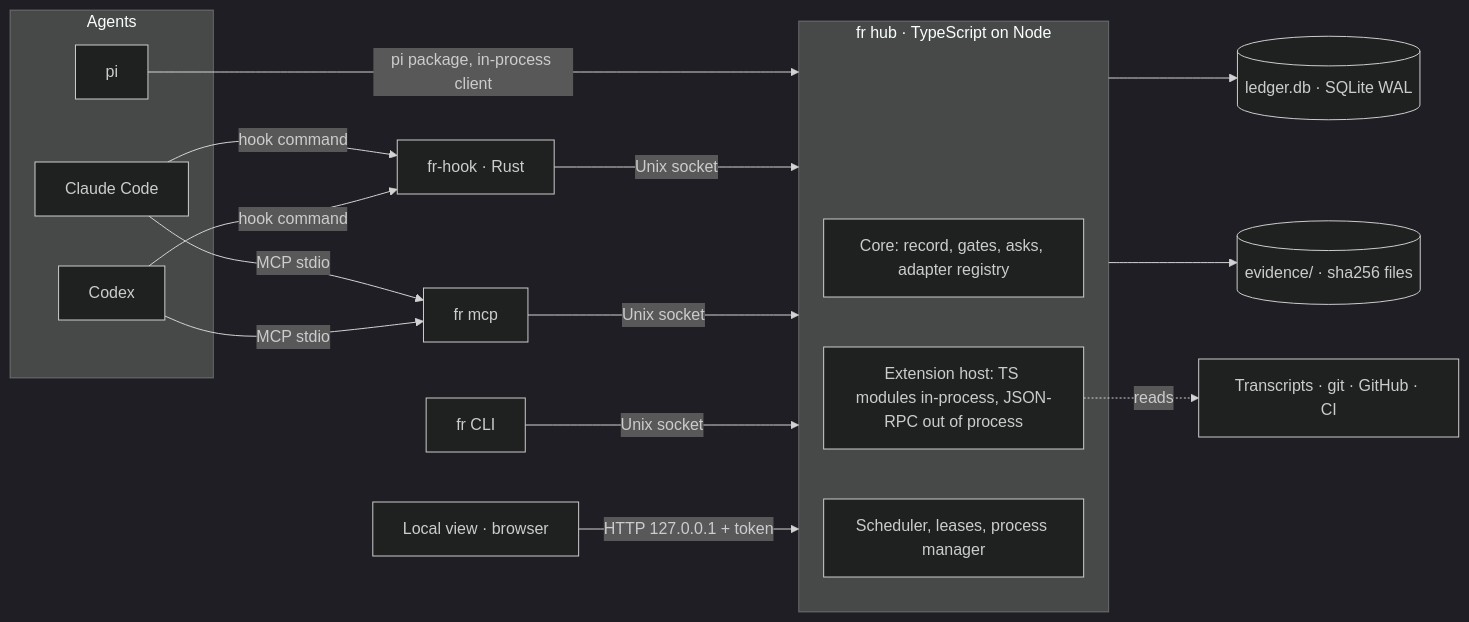
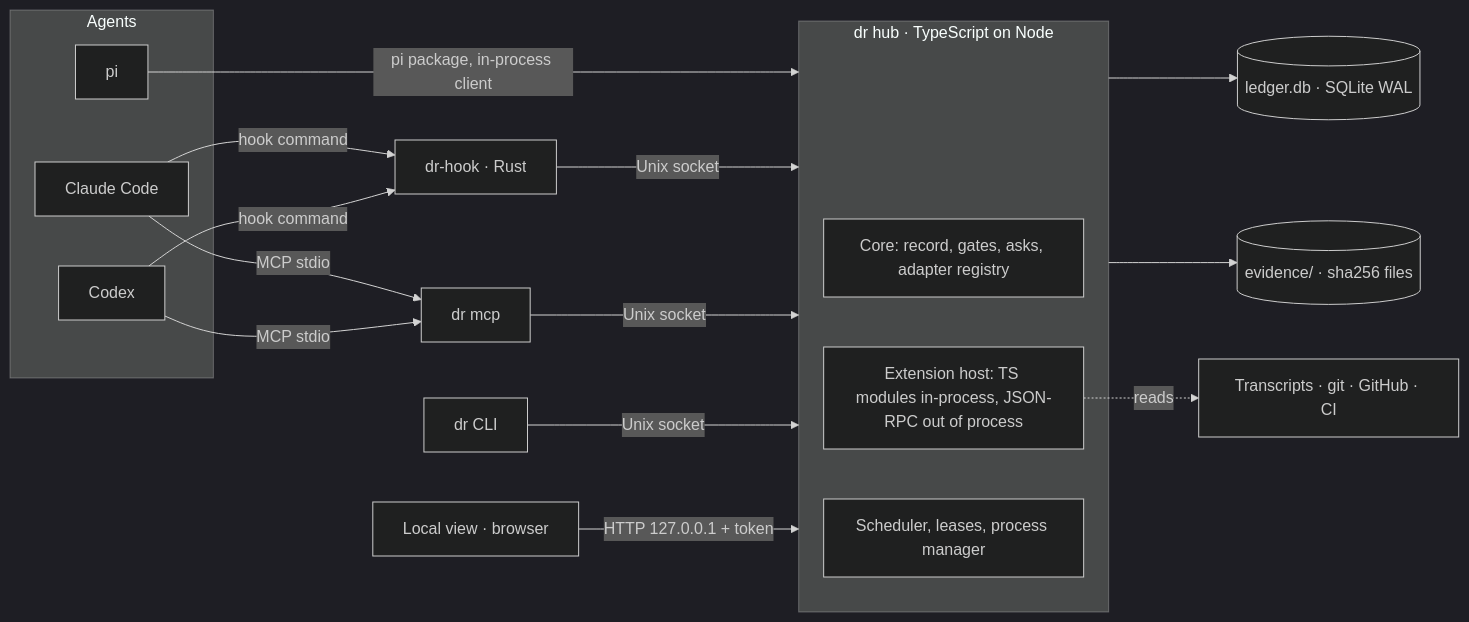
One commit to windoliver/doneright changed the first of 3 diagrams in docs/technical-design.md. Above: the diagram before and after it, drawn with Mermaid (dark theme). The commit also changed other lines of this file and 4 other files, not shown here.

````diff
--- a/docs/technical-design.md
+++ b/docs/technical-design.md
@@ -32,25 +34,25 @@
 ```mermaid
 flowchart LR
   subgraph Agents
     CC[Claude Code]
     CX[Codex]
     PI[pi]
   end
-  CC -- hook command --> HK[fr-hook · Rust]
+  CC -- hook command --> HK[dr-hook · Rust]
   CX -- hook command --> HK
   PI -- pi package, in-process client --> HUB
   HK -- Unix socket --> HUB
-  CC -- MCP stdio --> MCP[fr mcp]
+  CC -- MCP stdio --> MCP[dr mcp]
   CX -- MCP stdio --> MCP
   MCP -- Unix socket --> HUB
-  CLI[fr CLI] -- Unix socket --> HUB
+  CLI[dr CLI] -- Unix socket --> HUB
   VIEW[Local view · browser] -- HTTP 127.0.0.1 + token --> HUB
-  subgraph HUB[fr hub · TypeScript on Node]
+  subgraph HUB[dr hub · TypeScript on Node]
     CORE[Core: record, gates, asks, adapter registry]
     EXT[Extension host: TS modules in-process, JSON-RPC out of process]
     SCH[Scheduler, leases, process manager]
   end
   HUB --> DB[(ledger.db · SQLite WAL)]
   HUB --> EV[(evidence/ · sha256 files)]
   EXT -. reads .-> SRC[Transcripts · git · GitHub · CI]
 ```
````
